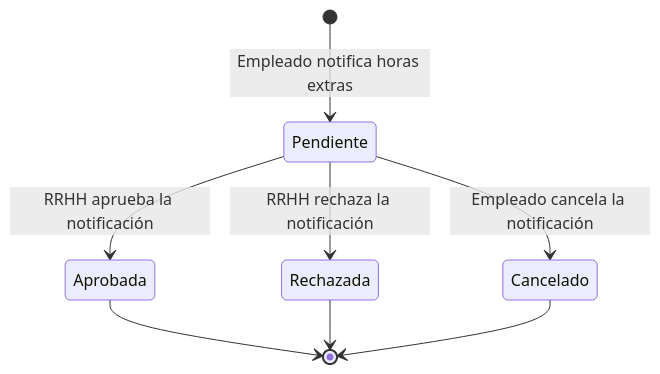
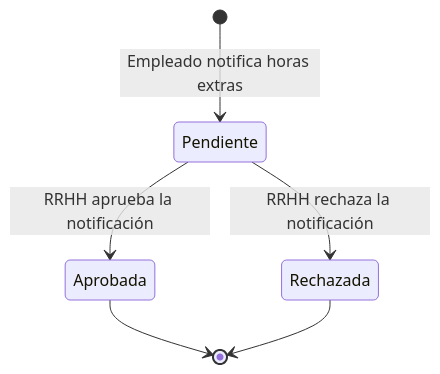
One commit to martinstanicio/humanresourcesdelta changed the diagram in docs/diagrams/state-overtime-notification.mmd. Above: the diagram before and after it, drawn with Mermaid.

Commit message:
Remove 'Cancelado' state from overtime notification diagram

```diff
--- a/docs/diagrams/state-overtime-notification.mmd
+++ b/docs/diagrams/state-overtime-notification.mmd
@@ -1,8 +1,6 @@
 stateDiagram-v2
     [*] --> Pendiente: Empleado notifica horas extras
     Pendiente --> Aprobada : RRHH aprueba la notificación
     Pendiente --> Rechazada : RRHH rechaza la notificación
-    Pendiente --> Cancelado : Empleado cancela la notificación
     Aprobada --> [*]
     Rechazada --> [*]
-    Cancelado --> [*]
```
